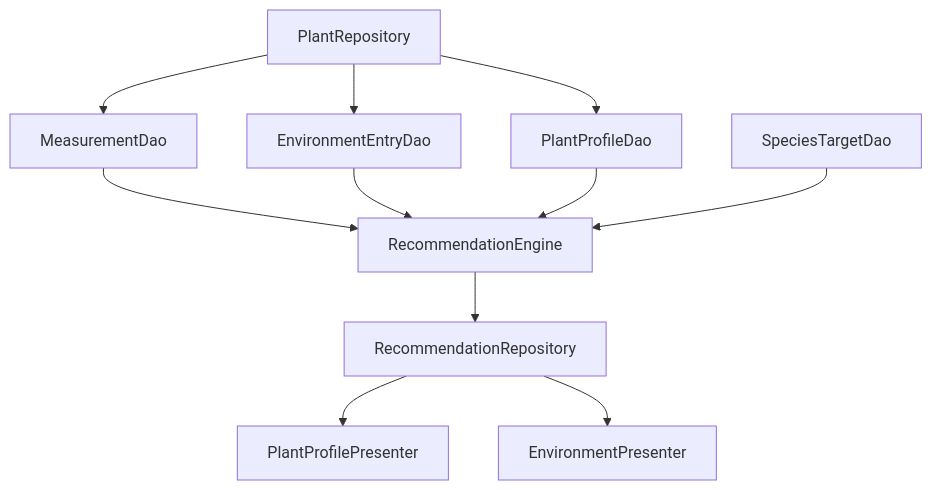
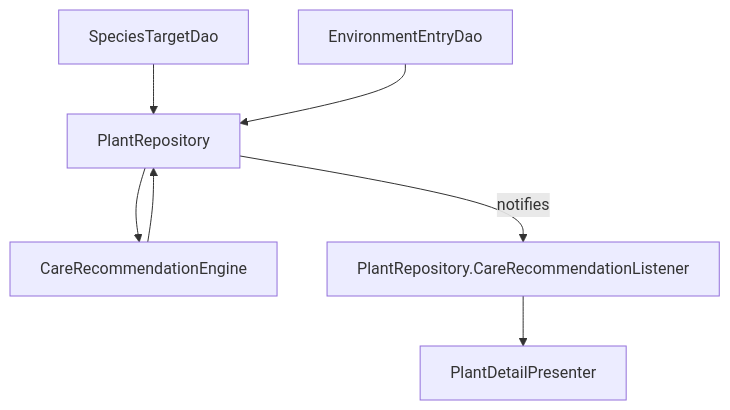
The third of 5 diagrams in docs/ARCHITECTURE.md (hiimOmagh/Pflanzbestand_und_Lichttest_-Haus-), drawn with Mermaid before and after one commit. The commit also changed other lines of this file, not shown here.

First line of the commit message:
docs: Update architecture diagrams and descriptions

````diff
--- a/docs/ARCHITECTURE.md
+++ b/docs/ARCHITECTURE.md
@@ -115,13 +74,9 @@
 ```mermaid
 flowchart TD
-    PlantRepository --> MeasurementDao
-    PlantRepository --> EnvironmentEntryDao
-    PlantRepository --> PlantProfileDao
-    MeasurementDao --> RecommendationEngine
-    EnvironmentEntryDao --> RecommendationEngine
-    PlantProfileDao --> RecommendationEngine
-    SpeciesTargetDao --> RecommendationEngine
-    RecommendationEngine --> RecommendationRepository
-    RecommendationRepository --> PlantProfilePresenter
-    RecommendationRepository --> EnvironmentPresenter
+    SpeciesTargetDao --> PlantRepository
+    EnvironmentEntryDao --> PlantRepository
+    PlantRepository --> CareRecommendationEngine
+    CareRecommendationEngine --> PlantRepository
+    PlantRepository -->|notifies| PlantRepository.CareRecommendationListener
+    PlantRepository.CareRecommendationListener --> PlantDetailPresenter
 ```
````
